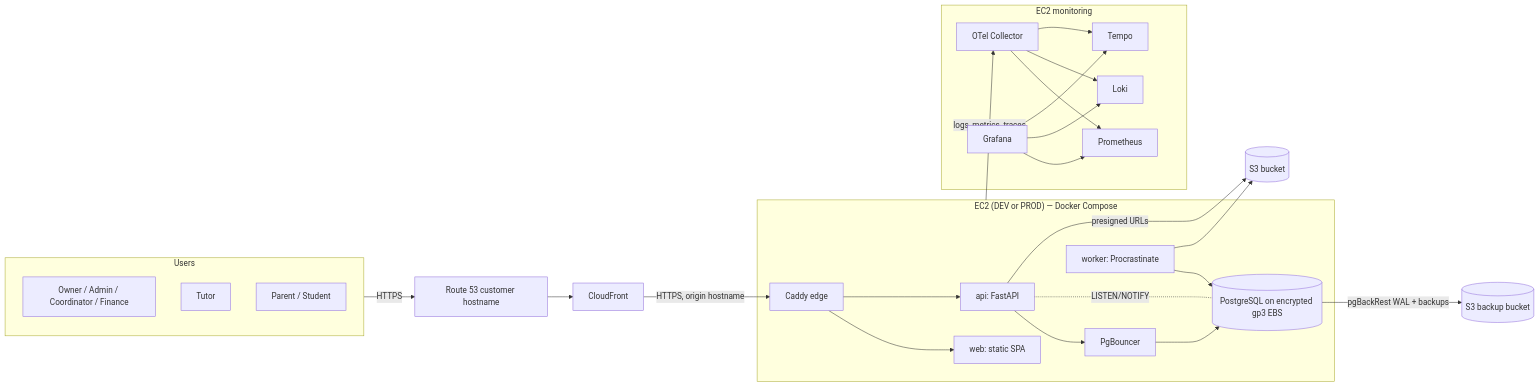
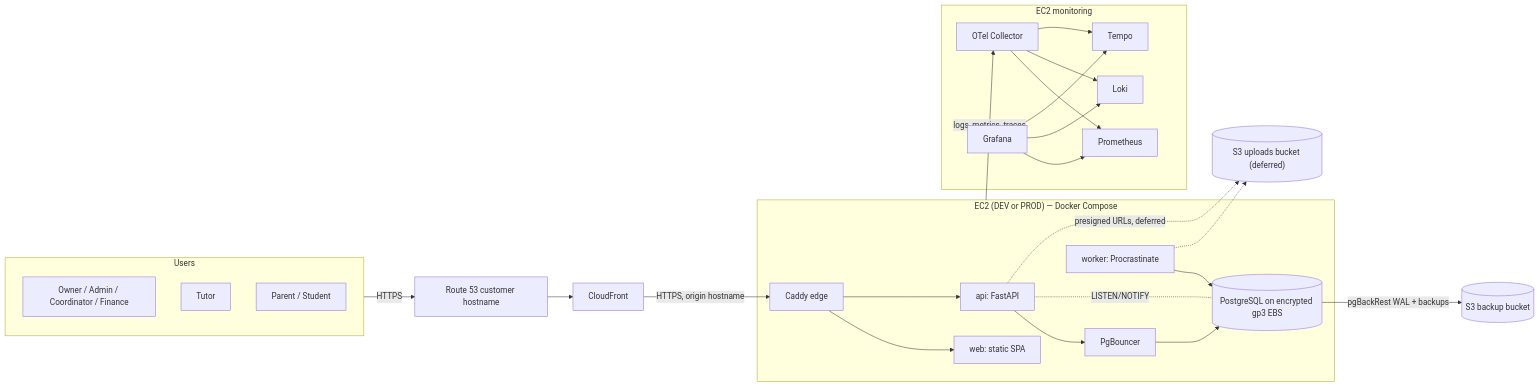
The first of 2 diagrams in _docs/architecture.md (JaimeSolisS/classora), drawn with Mermaid before and after one commit. The commit also changed other lines of this file and 2 other files, not shown here.

````diff
--- a/_docs/architecture.md
+++ b/_docs/architecture.md
@@ -26,32 +26,32 @@
 ```mermaid
 flowchart LR
   subgraph Users
     O[Owner / Admin / Coordinator / Finance]
     T[Tutor]
     PS[Parent / Student]
   end
   Users -->|HTTPS| R53[Route 53 customer hostname]
   R53 --> CF[CloudFront]
   CF -->|HTTPS, origin hostname| CADDY
 
   subgraph EC2_ENV["EC2 (DEV or PROD) — Docker Compose"]
     CADDY[Caddy edge] --> WEB[web: static SPA]
     CADDY --> API[api: FastAPI]
     API --> PGB[PgBouncer]
     PGB --> PG[(PostgreSQL on encrypted gp3 EBS)]
     WORKER[worker: Procrastinate] --> PG
     API -. LISTEN/NOTIFY .- PG
   end
 
-  API -->|presigned URLs| S3[(S3 bucket)]
-  WORKER --> S3
+  API -.->|presigned URLs, deferred| S3[("S3 uploads bucket (deferred)")]
+  WORKER -.-> S3
   PG -->|pgBackRest WAL + backups| S3B[(S3 backup bucket)]
 
   subgraph EC2_MON["EC2 monitoring"]
     OTEL[OTel Collector] --> PROM[Prometheus]
     OTEL --> LOKI[Loki]
     OTEL --> TEMPO[Tempo]
     GRAF[Grafana] --> PROM & LOKI & TEMPO
   end
   EC2_ENV -->|logs, metrics, traces| OTEL
 ```
````
